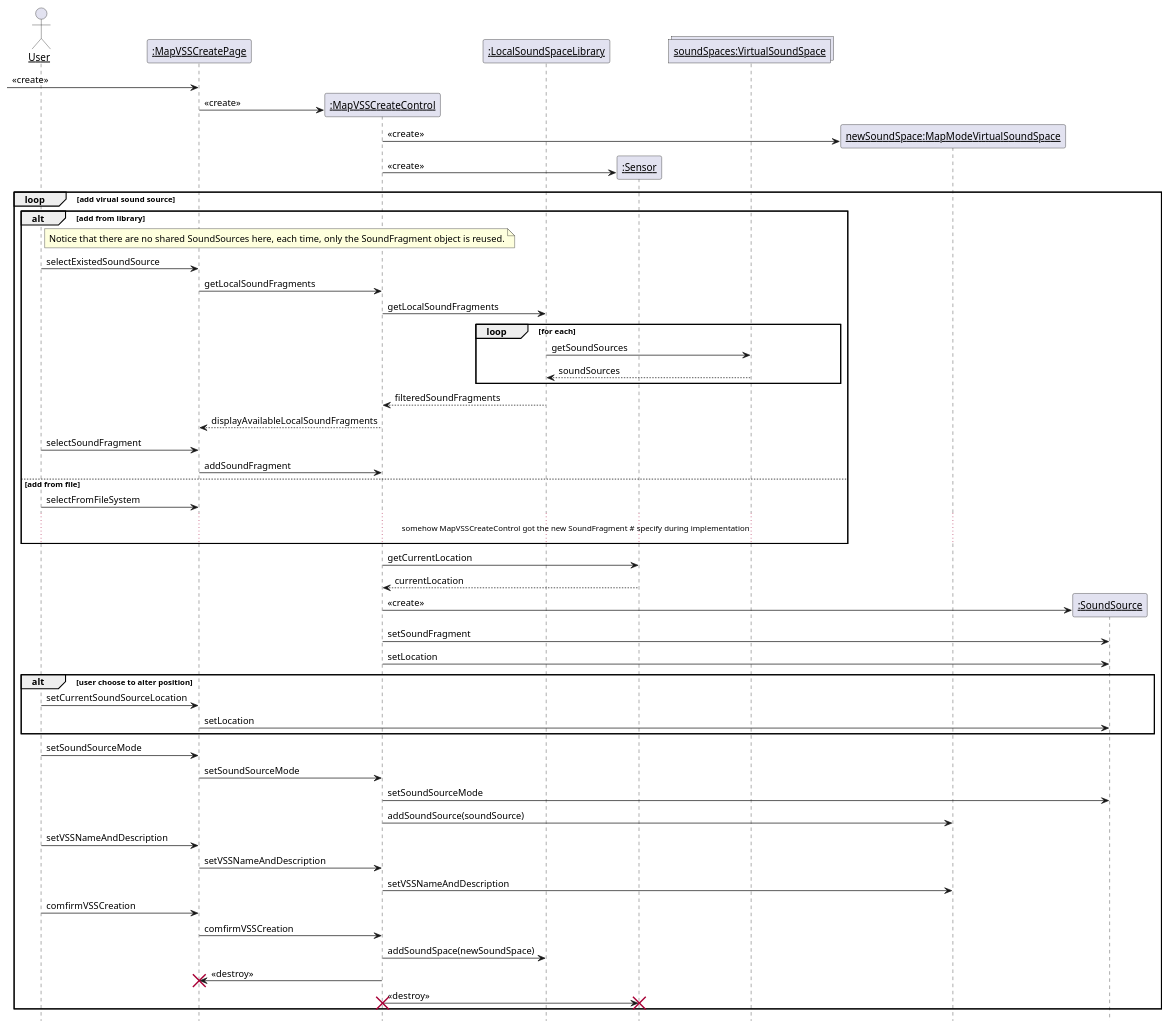
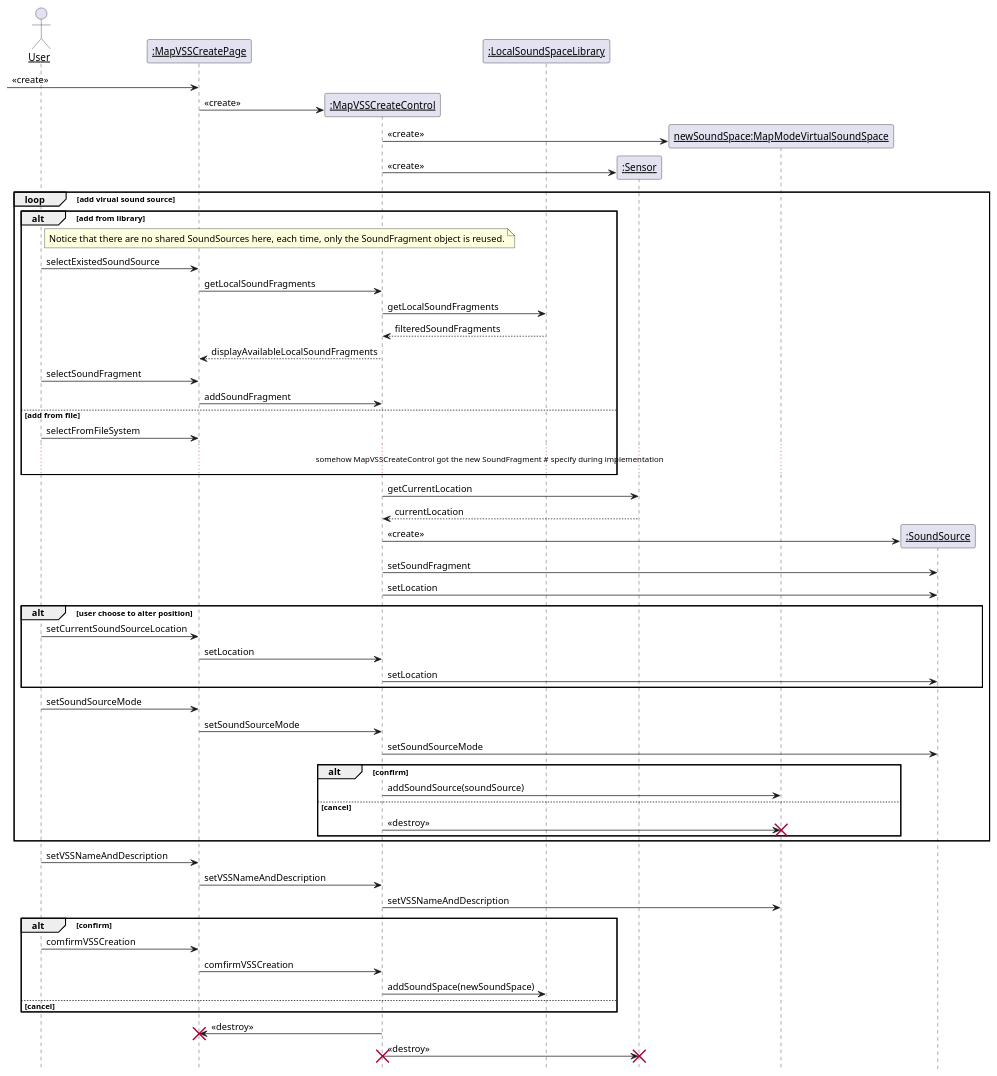
One commit to kpp19920121/doc changed the fifth of 21 diagrams in 需求定义和分析/SeqDiagram.md. Above: the diagram before and after it, drawn with PlantUML. The commit also changed other lines of this file and 22 other files, not shown here.

````diff
--- a/需求定义和分析/SeqDiagram.md
+++ b/需求定义和分析/SeqDiagram.md
@@ -223,75 +265,78 @@
 ```PlantUML
 @startuml CreateMapModeVSS
 hide footbox
 skinparam sequenceParticipant underline
 
 
 actor User as user
 participant ":MapVSSCreatePage" as createboundary
 participant ":MapVSSCreateControl" as createcontrol
 participant ":LocalSoundSpaceLibrary" as library
 participant ":Sensor" as sensor
-collections "soundSpaces:VirtualSoundSpace" as vsses
 participant "newSoundSpace:MapModeVirtualSoundSpace" as newspace
 
 
 [-> createboundary: <<create>>
 create createcontrol
 createboundary -> createcontrol: <<create>>
 create newspace
 createcontrol -> newspace: <<create>>
 create sensor
 createcontrol -> sensor: <<create>>
 loop add virual sound source
     alt add from library
         note right of user: Notice that there are no shared SoundSources here, each time, only the SoundFragment object is reused.
         user -> createboundary: selectExistedSoundSource
         createboundary -> createcontrol: getLocalSoundFragments
         createcontrol -> library: getLocalSoundFragments
-        loop for each
-            library -> vsses: getSoundSources
-            vsses --> library: soundSources
-        end
         library --> createcontrol: filteredSoundFragments
         createcontrol --> createboundary: displayAvailableLocalSoundFragments
         user -> createboundary: selectSoundFragment
         createboundary -> createcontrol: addSoundFragment
     else add from file
         user -> createboundary: selectFromFileSystem
         ...somehow MapVSSCreateControl got the new SoundFragment # specify during implementation...
 
     end
 
     createcontrol -> sensor: getCurrentLocation
     sensor --> createcontrol: currentLocation
 
     participant ":SoundSource" as source
     create source
     createcontrol -> source: <<create>>
     createcontrol -> source: setSoundFragment
     createcontrol -> source: setLocation
 
     alt user choose to alter position
         user -> createboundary: setCurrentSoundSourceLocation
-        createboundary -> source: setLocation
+        createboundary -> createcontrol : setLocation
+        createcontrol -> source: setLocation
     end
     user -> createboundary: setSoundSourceMode
     createboundary -> createcontrol: setSoundSourceMode
     createcontrol -> source: setSoundSourceMode
-    createcontrol -> newspace: addSoundSource(soundSource)
-    user -> createboundary: setVSSNameAndDescription
-    createboundary -> createcontrol: setVSSNameAndDescription
-    createcontrol -> newspace: setVSSNameAndDescription
+    alt confirm
+        createcontrol -> newspace: addSoundSource(soundSource)
+    else cancel
+        createcontrol -> newspace: <<destroy>>
+        destroy newspace
+    end
+end
+user -> createboundary: setVSSNameAndDescription
+createboundary -> createcontrol: setVSSNameAndDescription
+createcontrol -> newspace: setVSSNameAndDescription
+alt confirm
     user -> createboundary: comfirmVSSCreation
     createboundary -> createcontrol: comfirmVSSCreation
     createcontrol -> library: addSoundSpace(newSoundSpace)
-    createcontrol -> createboundary: <<destroy>>
-    destroy createboundary
-    createcontrol -> sensor: <<destroy>>
-    destroy sensor
-    destroy createcontrol
-
+else cancel
 
 end
+createcontrol -> createboundary: <<destroy>>
+destroy createboundary
+createcontrol -> sensor: <<destroy>>
+destroy sensor
+destroy createcontrol
 @enduml
 ```
````
